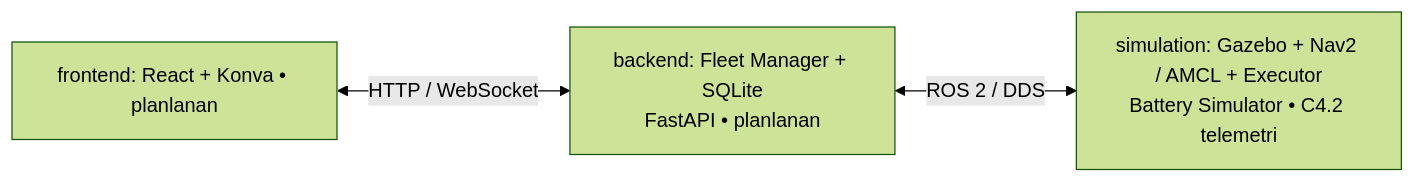
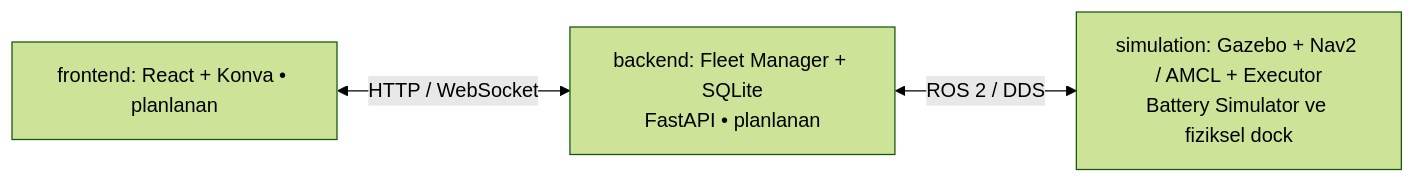
The diagram in README.md (m-gnr/ros2-fleet-manager), drawn with Mermaid (forest theme) before and after one commit. The commit also changed other lines of this file and 13 other files, not shown here.

````diff
--- a/README.md
+++ b/README.md
@@ -16,5 +16,5 @@
 ```mermaid
 flowchart LR
     UI["frontend: React + Konva • planlanan"] <-->|"HTTP / WebSocket"| API["backend: Fleet Manager + SQLite<br/>FastAPI • planlanan"]
-    API <-->|"ROS 2 / DDS"| SIM["simulation: Gazebo + Nav2 / AMCL + Executor<br/>Battery Simulator • C4.2 telemetri"]
+    API <-->|"ROS 2 / DDS"| SIM["simulation: Gazebo + Nav2 / AMCL + Executor<br/>Battery Simulator ve fiziksel dock"]
 ```
````
